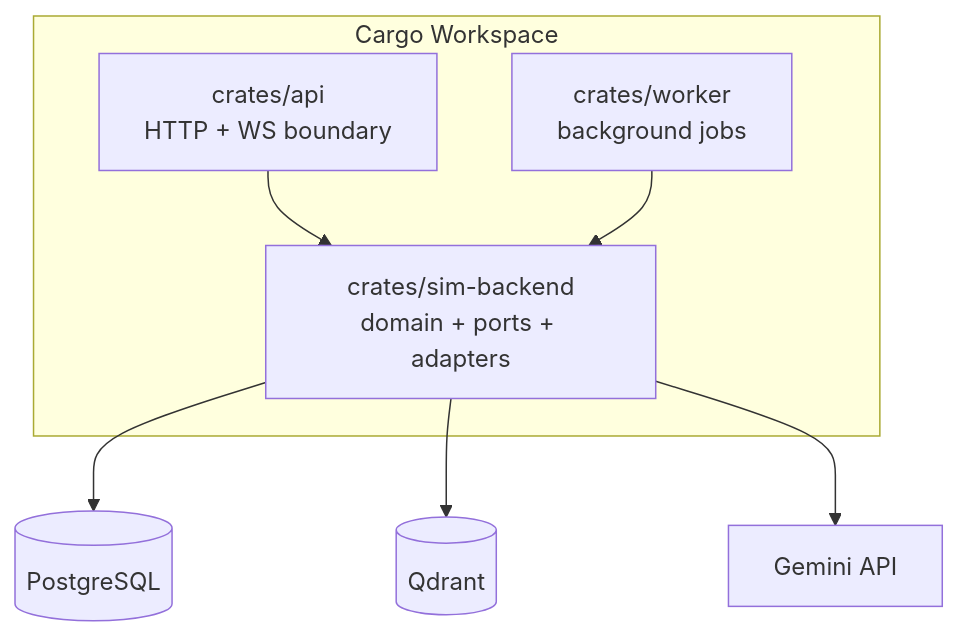
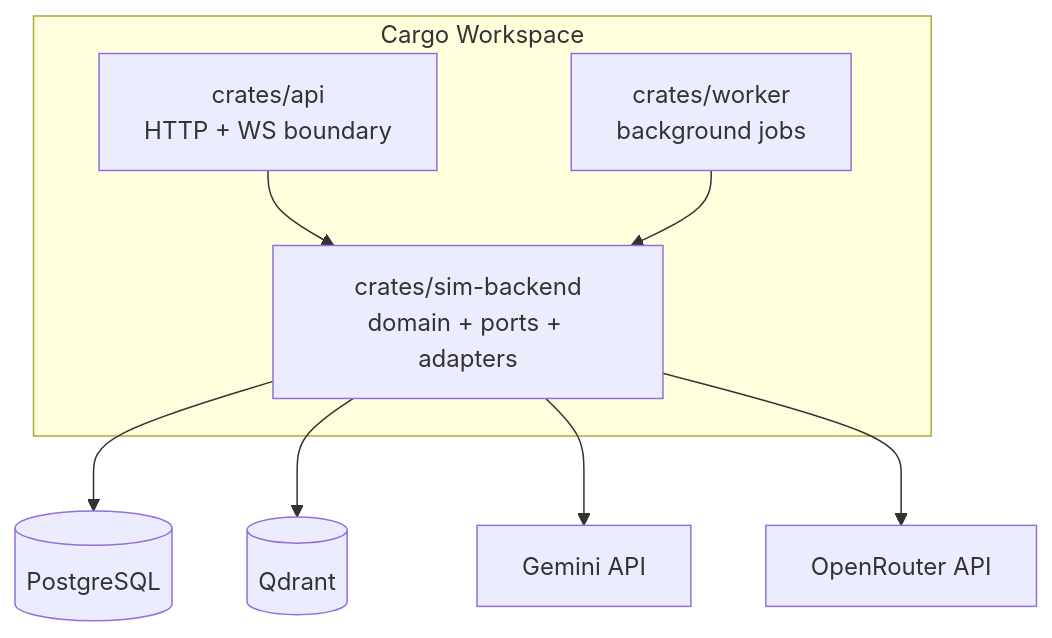
The second of 3 diagrams in README.md (Cricko7/CR_project), drawn with Mermaid before and after one commit. The commit also changed other lines of this file and 7 other files, not shown here.

````diff
--- a/README.md
+++ b/README.md
@@ -55,14 +57,15 @@
 ```mermaid
 flowchart TB
     subgraph RustWorkspace[Cargo Workspace]
         APIBin[crates/api\nHTTP + WS boundary]
         WorkerBin[crates/worker\nbackground jobs]
         CoreLib[crates/sim-backend\ndomain + ports + adapters]
     end
 
     APIBin --> CoreLib
     WorkerBin --> CoreLib
     CoreLib --> PG[(PostgreSQL)]
     CoreLib --> QD[(Qdrant)]
     CoreLib --> GEM[Gemini API]
+    CoreLib --> OR[OpenRouter API]
 ```
````
